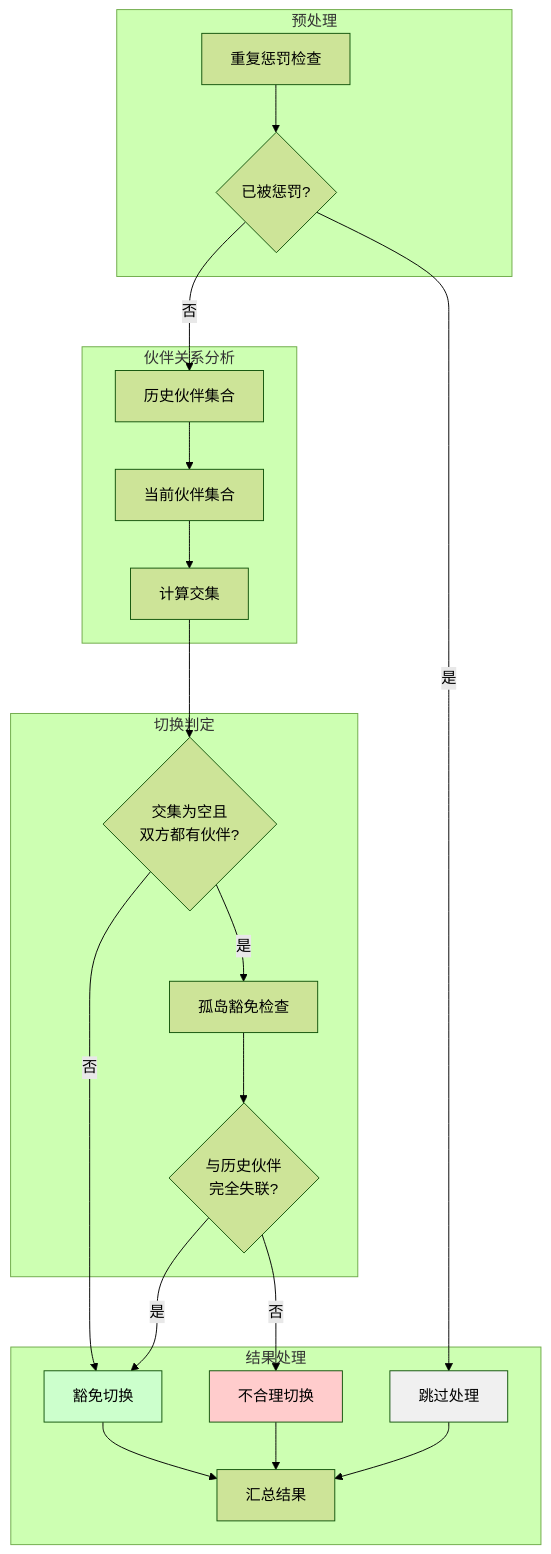
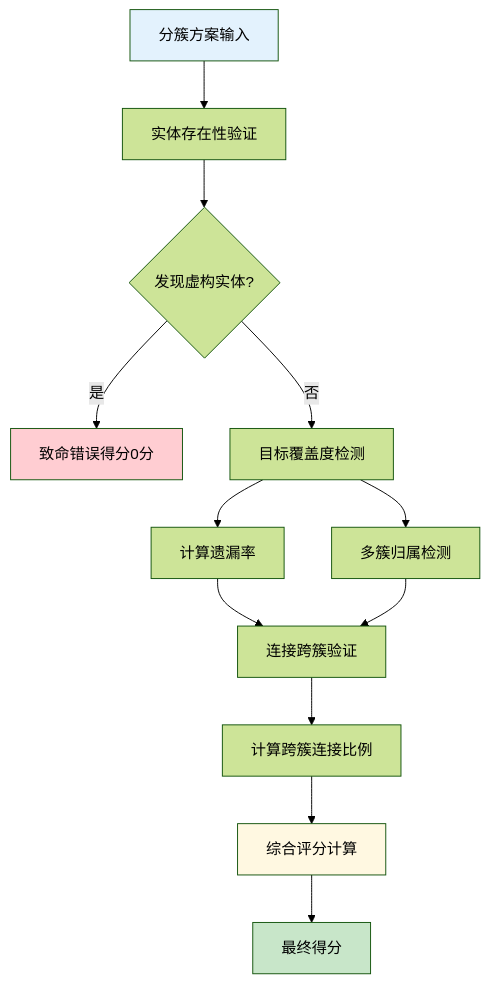
Before and after one commit to sneiiler/stk_gen: the eighth of 30 diagrams in distill/VALIDATION_REPORT.md, drawn with Mermaid (forest theme). The commit also changed other lines of this file, not shown here.

````diff
--- a/distill/VALIDATION_REPORT.md
+++ b/distill/VALIDATION_REPORT.md
@@ -243,45 +302,22 @@
 ```mermaid
-graph TB
-    subgraph "预处理"
-        A[重复惩罚检查]
-        B{已被惩罚?}
-    end
+flowchart TB
+    A[分簇方案输入] --> B[实体存在性验证]
+    B --> C{发现虚构实体?}
+    C -->|是| D[致命错误得分0分]
+    C -->|否| E[目标覆盖度检测]
     
-    subgraph "伙伴关系分析"
-        C[历史伙伴集合]
-        D[当前伙伴集合]
-        E[计算交集]
-    end
+    E --> F[计算遗漏率]
+    E --> G[多簇归属检测]
     
-    subgraph "切换判定"
-        F{交集为空且<br/>双方都有伙伴?}
-        G[孤岛豁免检查]
-        H{与历史伙伴<br/>完全失联?}
-    end
+    F --> H[连接跨簇验证]
+    G --> H
     
-    subgraph "结果处理"
-        I[豁免切换]
-        J[不合理切换]
-        K[跳过处理]
-        L[汇总结果]
-    end
+    H --> I[计算跨簇连接比例]
+    I --> J[综合评分计算]
+    J --> K[最终得分]
     
-    A --> B
-    B -->|是| K
-    B -->|否| C
-    C --> D
-    D --> E
-    E --> F
-    F -->|是| G
-    F -->|否| I
-    G --> H
-    H -->|是| I
-    H -->|否| J
-    I --> L
-    J --> L
-    K --> L
-    
-    style I fill:#ccffcc
-    style J fill:#ffcccc
-    style K fill:#f0f0f0
+    style D fill:#ffcdd2
+    style K fill:#c8e6c9
+    style A fill:#e3f2fd
+    style J fill:#fff8e1
 ```
````
